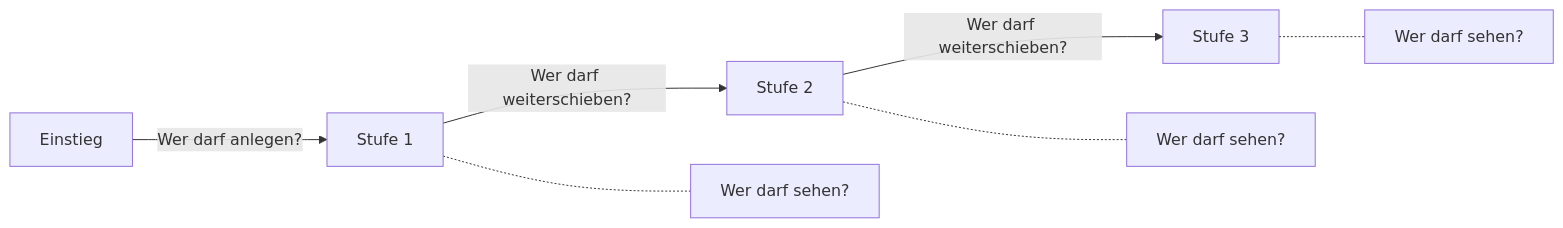
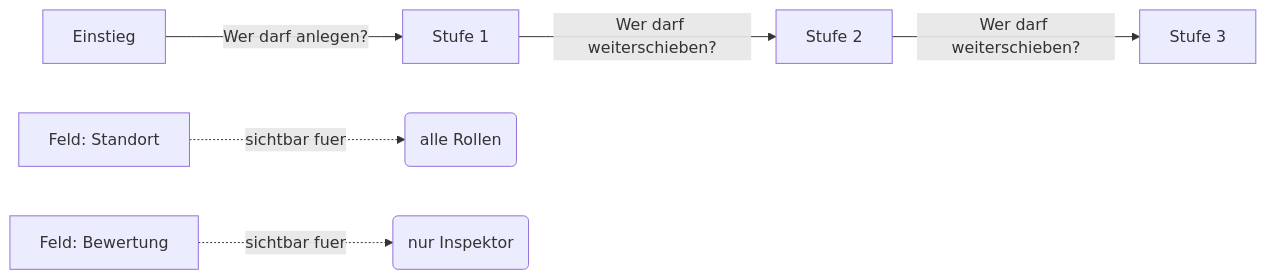
One commit to jbndrf/ueberblick changed the diagram in docs/handbuch/zugriffskontrolle.md. Above: the diagram before and after it, drawn with Mermaid. The commit also changed other lines of this file and 22 other files, not shown here.

````diff
--- a/docs/handbuch/zugriffskontrolle.md
+++ b/docs/handbuch/zugriffskontrolle.md
@@ -42,10 +42,9 @@
 ```mermaid
 flowchart LR
     E[Einstieg] -->|Wer darf anlegen?| S1[Stufe 1]
     S1 -->|Wer darf weiterschieben?| S2[Stufe 2]
     S2 -->|Wer darf weiterschieben?| S3[Stufe 3]
 
-    S1 -.- V1[Wer darf sehen?]
-    S2 -.- V2[Wer darf sehen?]
-    S3 -.- V3[Wer darf sehen?]
+    F1[Feld: Standort] -.->|sichtbar fuer| RA(alle Rollen)
+    F2[Feld: Bewertung] -.->|sichtbar fuer| RB(nur Inspektor)
 ```
````
